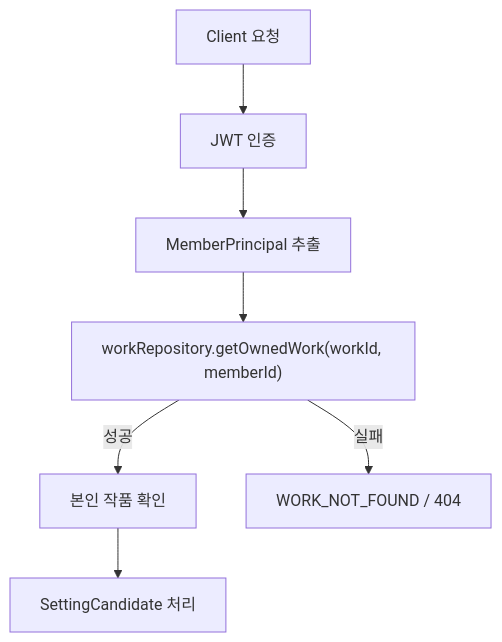
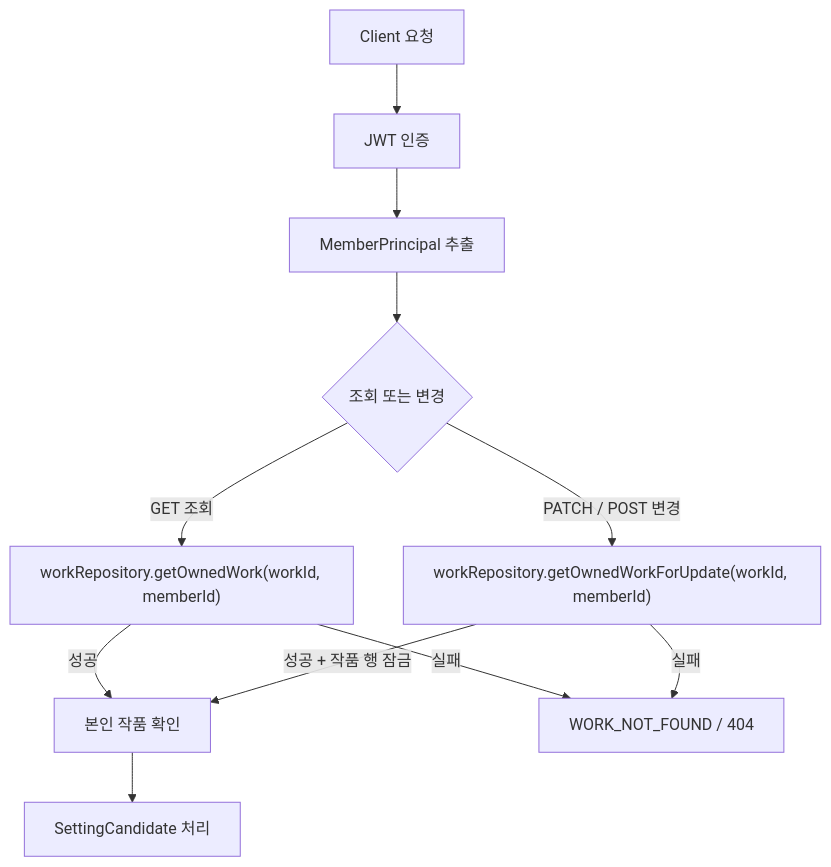
The fourth of 8 diagrams in docs/character.md (catchhole-soma/catchhole-backend-java), drawn with Mermaid before and after one commit. The commit also changed other lines of this file and 3 other files, not shown here.

First line of the commit message:
fix(setting-candidate): 후보 상태 변경을 직렬화한다

````diff
--- a/docs/character.md
+++ b/docs/character.md
@@ -725,10 +726,14 @@
 ```mermaid
 flowchart TD
     A["Client 요청"] --> B["JWT 인증"]
     B --> C["MemberPrincipal 추출"]
-    C --> D["workRepository.getOwnedWork(workId, memberId)"]
-    D -->|성공| E["본인 작품 확인"]
-    D -->|실패| F["WORK_NOT_FOUND / 404"]
+    C --> D{"조회 또는 변경"}
+    D -->|"GET 조회"| E["workRepository.getOwnedWork(workId, memberId)"]
+    D -->|"PATCH / POST 변경"| F["workRepository.getOwnedWorkForUpdate(workId, memberId)"]
+    E -->|성공| G["본인 작품 확인"]
+    F -->|성공 + 작품 행 잠금| G
+    E -->|실패| H["WORK_NOT_FOUND / 404"]
+    F -->|실패| H
 
-    E --> G["SettingCandidate 처리"]
+    G --> I["SettingCandidate 처리"]
 ```
````
